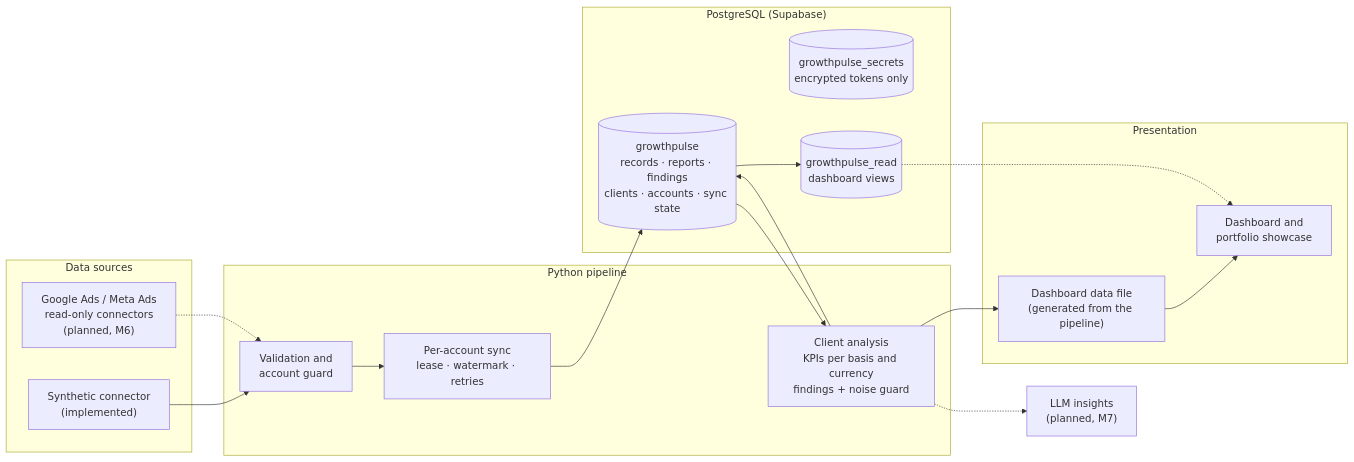
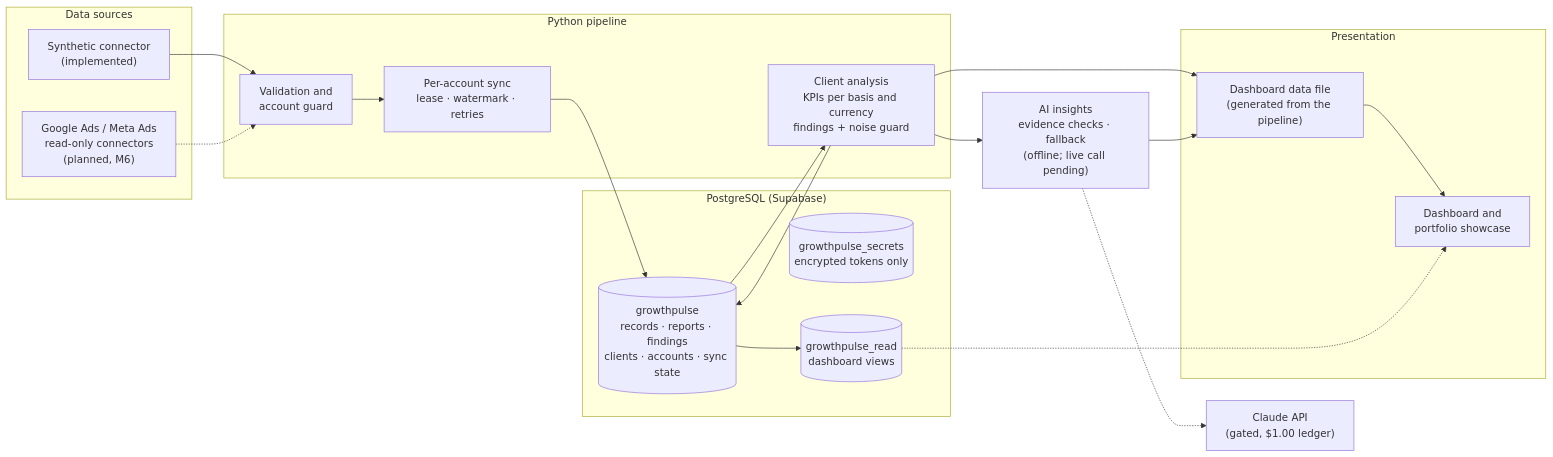
Before and after one commit to yahya-dev97/growthpulse-ai: the diagram in README.md, drawn with Mermaid. The commit also changed other lines of this file and 27 other files, not shown here.

````diff
--- a/README.md
+++ b/README.md
@@ -44,31 +45,33 @@
 ```mermaid
 flowchart LR
     subgraph Sources["Data sources"]
         SYN["Synthetic connector<br/>(implemented)"]
         LIVE["Google Ads / Meta Ads<br/>read-only connectors<br/>(planned, M6)"]
     end
     subgraph Pipeline["Python pipeline"]
         VAL["Validation and<br/>account guard"]
         SYNC["Per-account sync<br/>lease · watermark · retries"]
         AN["Client analysis<br/>KPIs per basis and currency<br/>findings + noise guard"]
     end
     subgraph DB["PostgreSQL (Supabase)"]
         TBL[("growthpulse<br/>records · reports · findings<br/>clients · accounts · sync state")]
         SEC[("growthpulse_secrets<br/>encrypted tokens only")]
         VIEWS[("growthpulse_read<br/>dashboard views")]
     end
     subgraph UI["Presentation"]
         FIX["Dashboard data file<br/>(generated from the pipeline)"]
         DASH["Dashboard and<br/>portfolio showcase"]
     end
-    AI["LLM insights<br/>(planned, M7)"]
+    AI["AI insights<br/>evidence checks · fallback<br/>(offline; live call pending)"]
+    CL["Claude API<br/>(gated, $1.00 ledger)"]
 
     SYN --> VAL
     LIVE -.-> VAL
     VAL --> SYNC --> TBL
     TBL --> AN --> TBL
     TBL --> VIEWS
     AN --> FIX --> DASH
     VIEWS -.-> DASH
-    AN -.-> AI
+    AN --> AI --> FIX
+    AI -.-> CL
 ```
````
